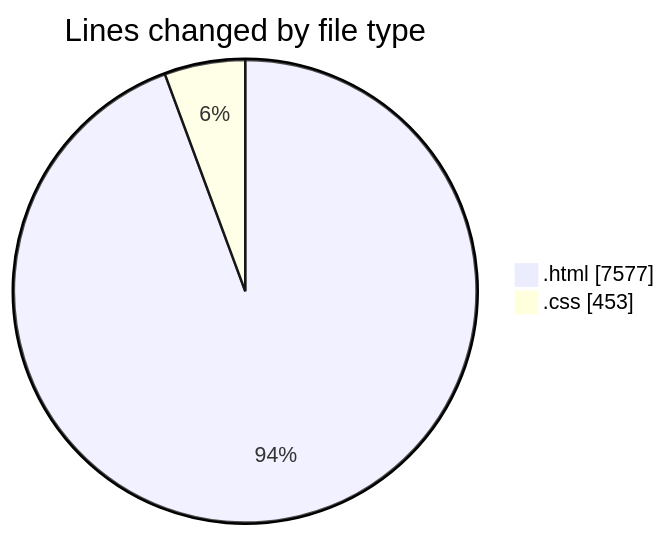
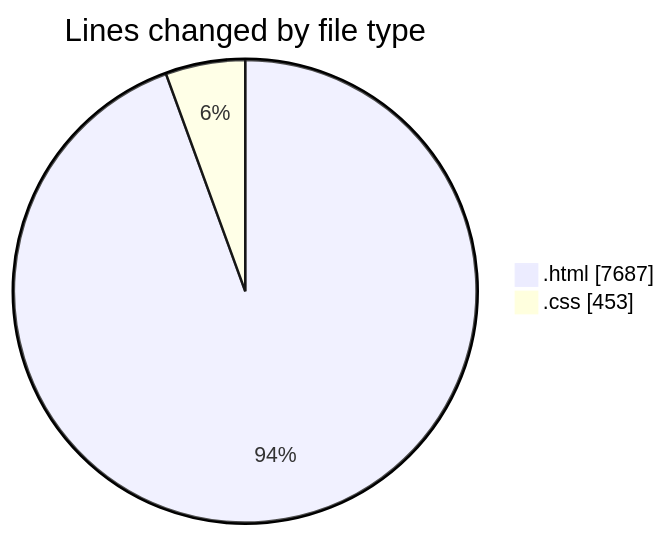
Before and after one commit to nxtqubesakshisongat/code-tracking: the first of 2 diagrams in 2025-08-09/nxtqube_webapp/README.md, drawn with Mermaid. The commit also changed other lines of this file and 1 other file, not shown here.

````diff
--- a/2025-08-09/nxtqube_webapp/README.md
+++ b/2025-08-09/nxtqube_webapp/README.md
@@ -23,6 +23,6 @@
 ```mermaid
 pie showData
 title Lines changed by file type
-".html" : 7577
+".html" : 7687
 ".css" : 453
 ```
````
